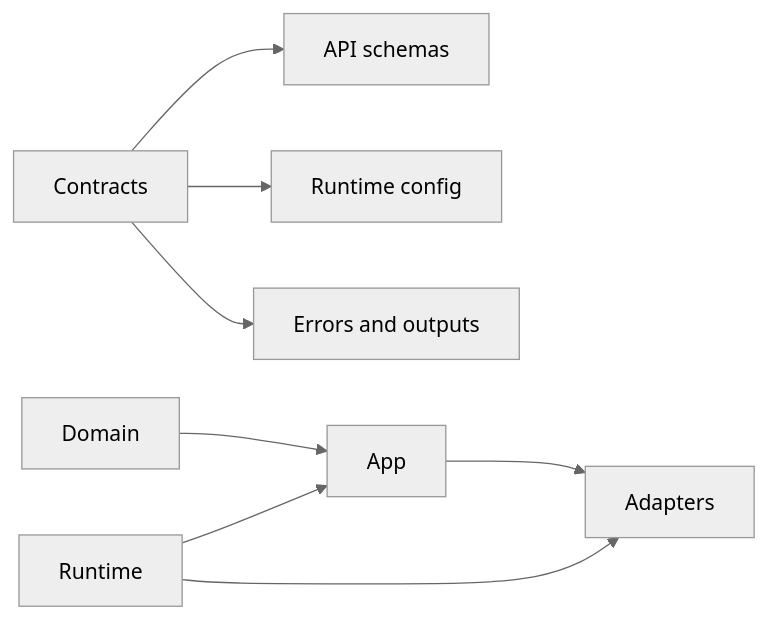
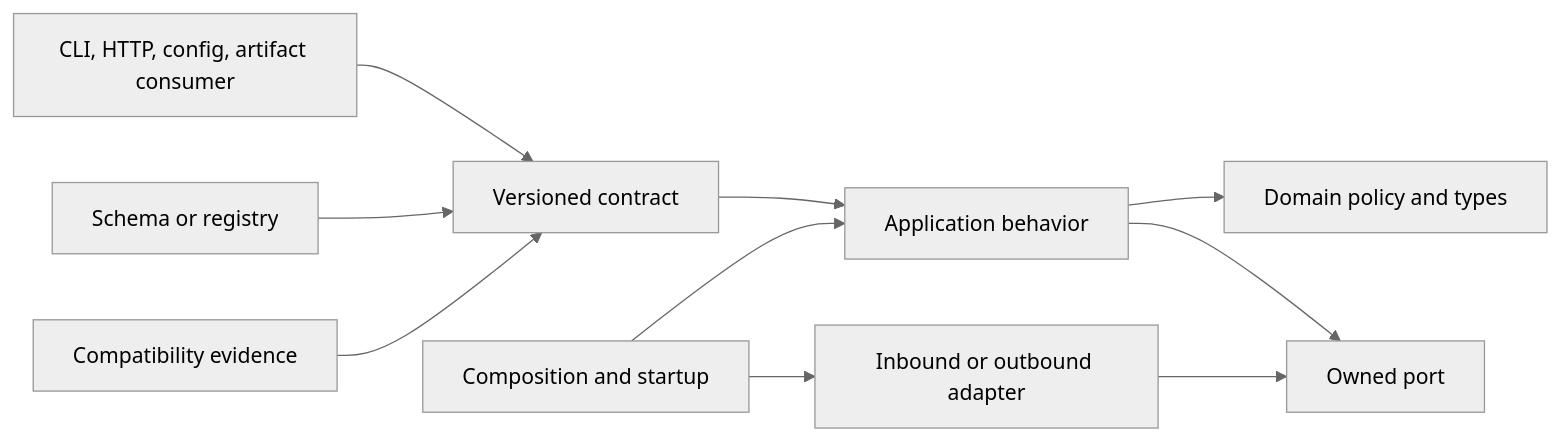
Before and after one commit to bijux/bijux-atlas: the diagram in docs/bijux-atlas/contracts/contracts-and-boundaries.md, drawn with Mermaid (neutral theme). The commit also changed other lines of this file and 2 other files, not shown here.

Commit message:
docs(contracts): expose runtime and integration compatibility limits

````diff
--- a/docs/bijux-atlas/contracts/contracts-and-boundaries.md
+++ b/docs/bijux-atlas/contracts/contracts-and-boundaries.md
@@ -17,10 +20,12 @@
 ```mermaid
 flowchart LR
-    Contracts[Contracts] --> APIs[API schemas]
-    Contracts --> Configs[Runtime config]
-    Contracts --> Errors[Errors and outputs]
-    Domain[Domain] --> App[App]
-    App --> Adapters[Adapters]
-    Runtime[Runtime] --> App
-    Runtime --> Adapters
+    Consumer[CLI, HTTP, config, artifact consumer] --> Contract[Versioned contract]
+    Contract --> App[Application behavior]
+    App --> Domain[Domain policy and types]
+    App --> Port[Owned port]
+    Adapter[Inbound or outbound adapter] --> Port
+    Runtime[Composition and startup] --> App
+    Runtime --> Adapter
+    Schema[Schema or registry] --> Contract
+    Test[Compatibility evidence] --> Contract
 ```
````
